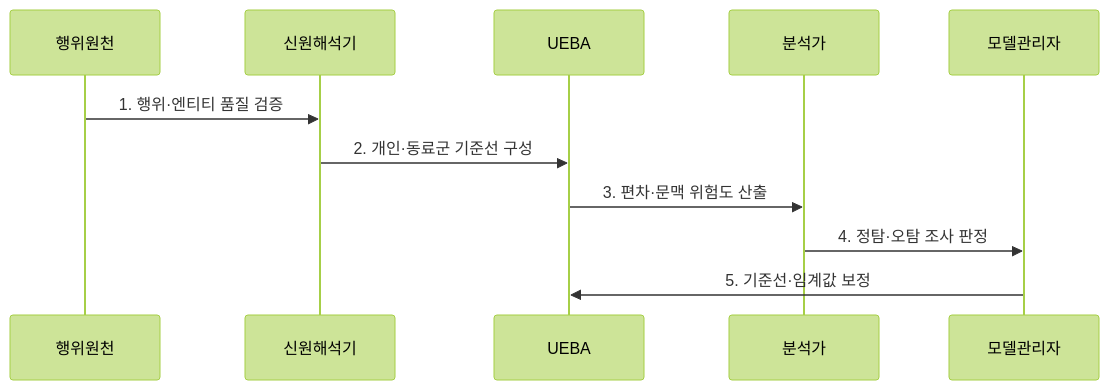
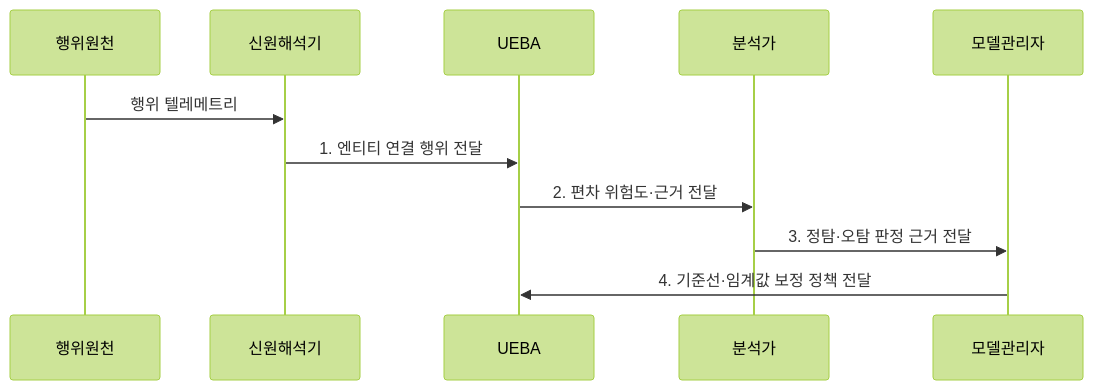
One commit to agnusdei1207/knowledge-base changed the second of 2 diagrams in src/content/docs/notes/05-security/038_ueba.md. Above: the diagram before and after it, drawn with Mermaid (forest theme). The commit also changed other lines of this file and 20 other files, not shown here.

````diff
--- a/src/content/docs/notes/05-security/038_ueba.md
+++ b/src/content/docs/notes/05-security/038_ueba.md
@@ -81,13 +82,13 @@
 ```mermaid
 sequenceDiagram
     participant 행위원천
     participant 신원해석기
     participant UEBA
     participant 분석가
     participant 모델관리자
-    행위원천->>신원해석기: 1. 행위·엔티티 품질 검증
-    신원해석기->>UEBA: 2. 개인·동료군 기준선 구성
-    UEBA->>분석가: 3. 편차·문맥 위험도 산출
-    분석가->>모델관리자: 4. 정탐·오탐 조사 판정
-    모델관리자->>UEBA: 5. 기준선·임계값 보정
+    행위원천->>신원해석기: 행위 텔레메트리
+    신원해석기->>UEBA: 1. 엔티티 연결 행위 전달
+    UEBA->>분석가: 2. 편차 위험도·근거 전달
+    분석가->>모델관리자: 3. 정탐·오탐 판정 근거 전달
+    모델관리자->>UEBA: 4. 기준선·임계값 보정 정책 전달
 ```
````
